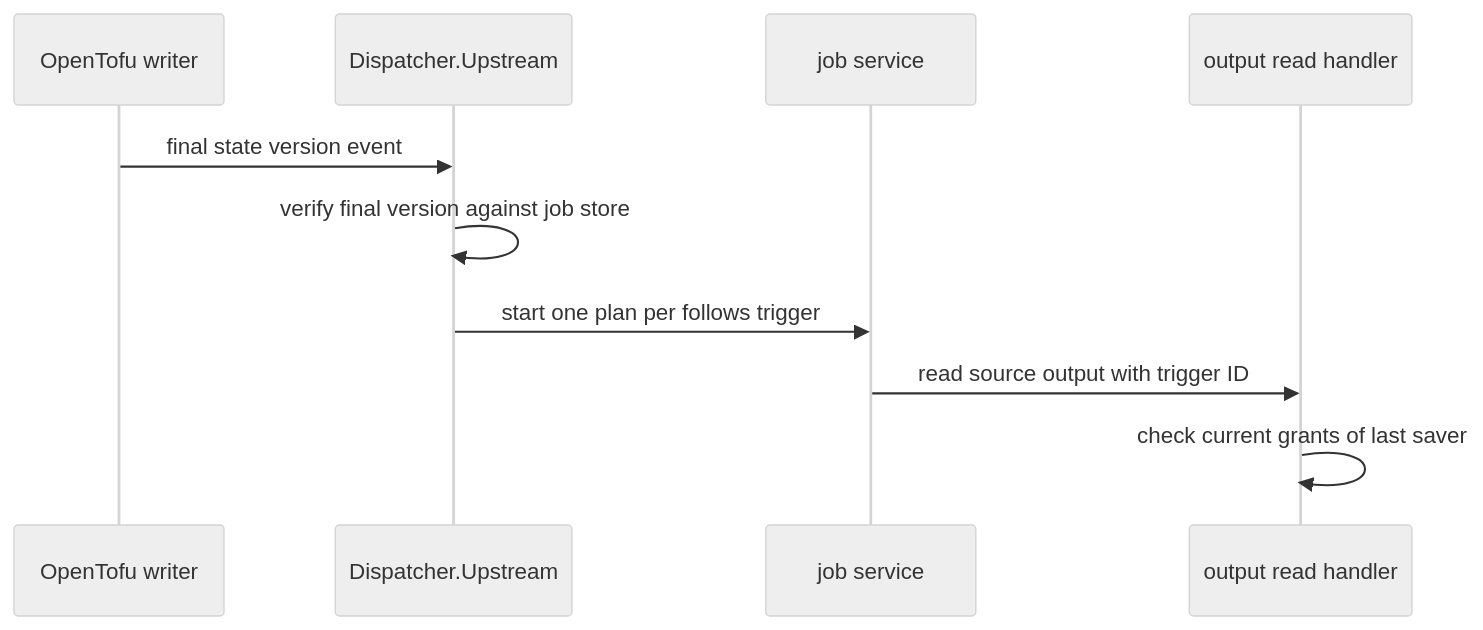
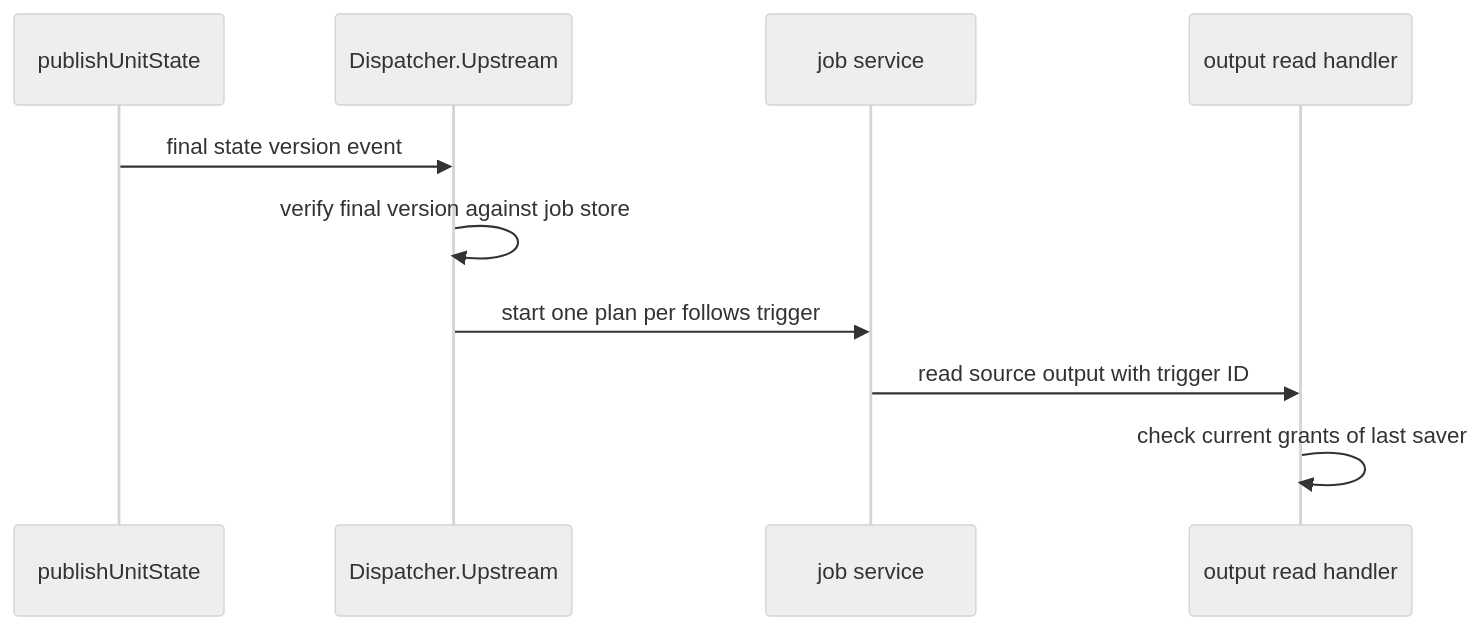
Before and after one commit to OpenDustpan/OpenDustpan: the second of 4 diagrams in openspec/changes/write-state-version-unit-state-follows-trigger-start/design.md, drawn with Mermaid (neutral theme). The commit also changed other lines of this file and 14 other files, not shown here.

````diff
--- a/openspec/changes/write-state-version-unit-state-follows-trigger-start/design.md
+++ b/openspec/changes/write-state-version-unit-state-follows-trigger-start/design.md
@@ -40,12 +40,12 @@
 ```mermaid
 sequenceDiagram
-participant W as OpenTofu writer
+participant P as publishUnitState
 participant D as Dispatcher.Upstream
 participant J as job service
 participant R as output read handler
-W->>D: final state version event
+P->>D: final state version event
 D->>D: verify final version against job store
 D->>J: start one plan per follows trigger
 J->>R: read source output with trigger ID
 R->>R: check current grants of last saver
 ```
````
